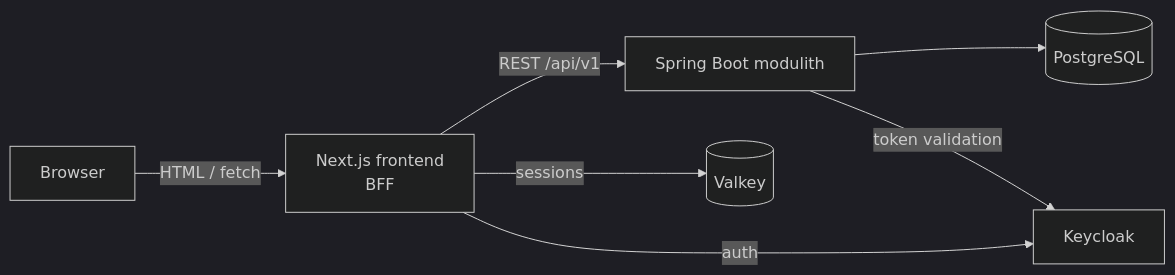
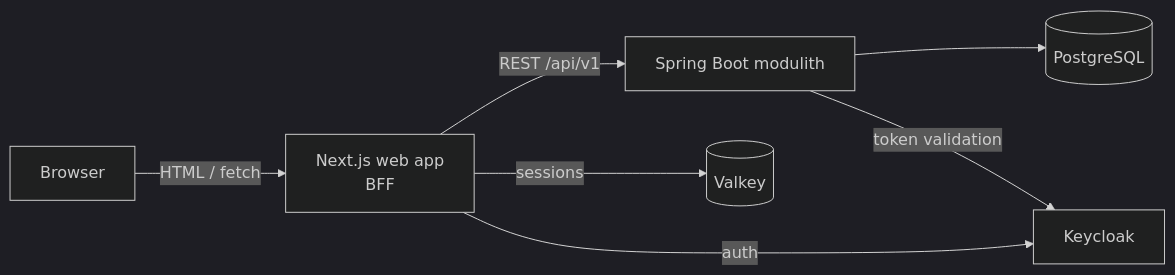
The diagram in README.md (MiguelSombrero/kalia), drawn with Mermaid (dark theme) before and after one commit. The commit also changed other lines of this file and 28 other files, not shown here.

````diff
--- a/README.md
+++ b/README.md
@@ -198,9 +198,9 @@
 ```mermaid
 flowchart LR
-    Browser -->|HTML / fetch| Next[Next.js frontend<br/>BFF]
+    Browser -->|HTML / fetch| Next[Next.js web app<br/>BFF]
     Next -->|REST /api/v1| Spring[Spring Boot modulith]
     Spring --> PG[(PostgreSQL)]
     Next -->|sessions| Valkey[(Valkey)]
     Next -->|auth| KC[Keycloak]
     Spring -->|token validation| KC
 ```
````
